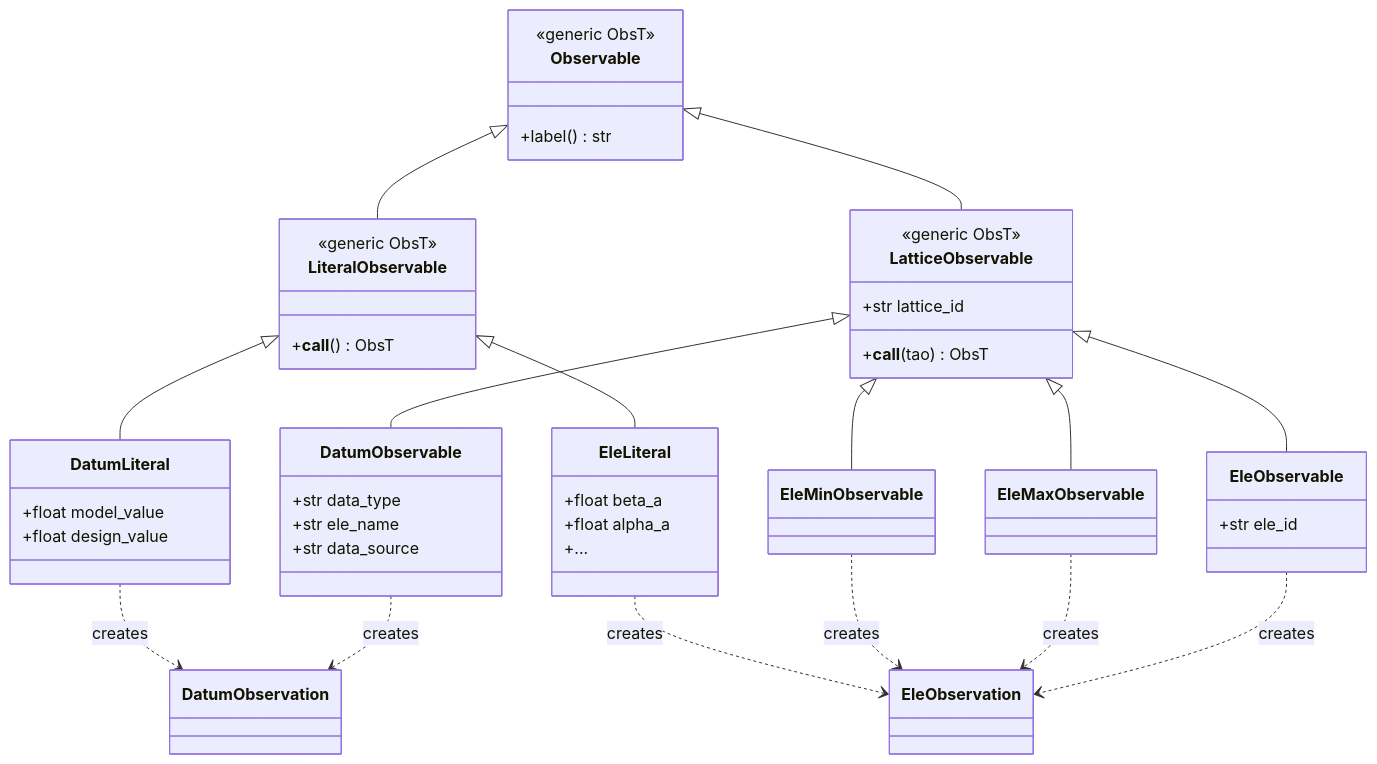
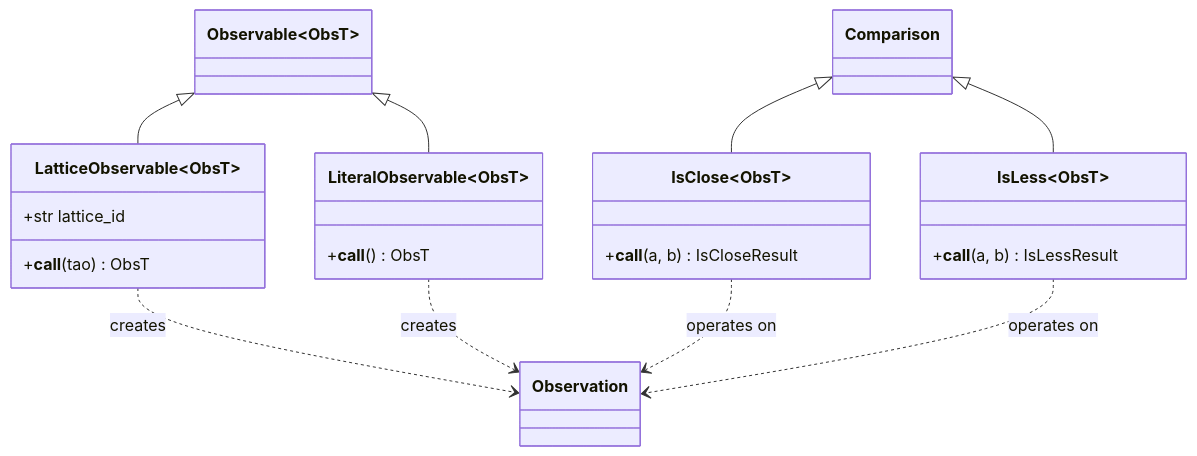
One commit to bmad-sim/pytao changed the first of 6 diagrams in docs/constraints/index.md. Above: the diagram before and after it, drawn with Mermaid. The commit also changed other lines of this file, not shown here.

Commit message:
more diagram work

````diff
--- a/docs/constraints/index.md
+++ b/docs/constraints/index.md
@@ -31,50 +12,29 @@
 ```mermaid
 classDiagram
-    class Observable {
-        <<generic ObsT>>
-        +label() str
-    }
-    class LatticeObservable {
-        <<generic ObsT>>
+    class Observation
+    class Observable~ObsT~
+    class LatticeObservable~ObsT~ {
         +str lattice_id
         +__call__(tao) ObsT
     }
-    class LiteralObservable {
-        <<generic ObsT>>
+    class LiteralObservable~ObsT~ {
         +__call__() ObsT
-    }
-    class DatumObservable {
-        +str data_type
-        +str ele_name
-        +str data_source
-    }
-    class EleObservable {
-        +str ele_id
-    }
-    class EleMaxObservable
-    class EleMinObservable
-    class DatumLiteral {
-        +float model_value
-        +float design_value
-    }
-    class EleLiteral {
-        +float beta_a
-        +float alpha_a
-        +...
     }
     Observable <|-- LatticeObservable
     Observable <|-- LiteralObservable
-    LatticeObservable <|-- DatumObservable
-    LatticeObservable <|-- EleObservable
-    LatticeObservable <|-- EleMaxObservable
-    LatticeObservable <|-- EleMinObservable
-    LiteralObservable <|-- DatumLiteral
-    LiteralObservable <|-- EleLiteral
 
-    DatumObservable ..> DatumObservation : creates
-    DatumLiteral ..> DatumObservation : creates
-    EleObservable ..> EleObservation : creates
-    EleMaxObservable ..> EleObservation : creates
-    EleMinObservable ..> EleObservation : creates
-    EleLiteral ..> EleObservation : creates
+    class Comparison
+    class IsClose~ObsT~ {
+        +__call__(a, b) IsCloseResult
+    }
+    class IsLess~ObsT~ {
+        +__call__(a, b) IsLessResult
+    }
+    Comparison <|-- IsClose
+    Comparison <|-- IsLess
+
+    LatticeObservable ..> Observation : creates
+    LiteralObservable ..> Observation : creates
+    IsClose ..> Observation : operates on
+    IsLess ..> Observation : operates on
 ```
````
